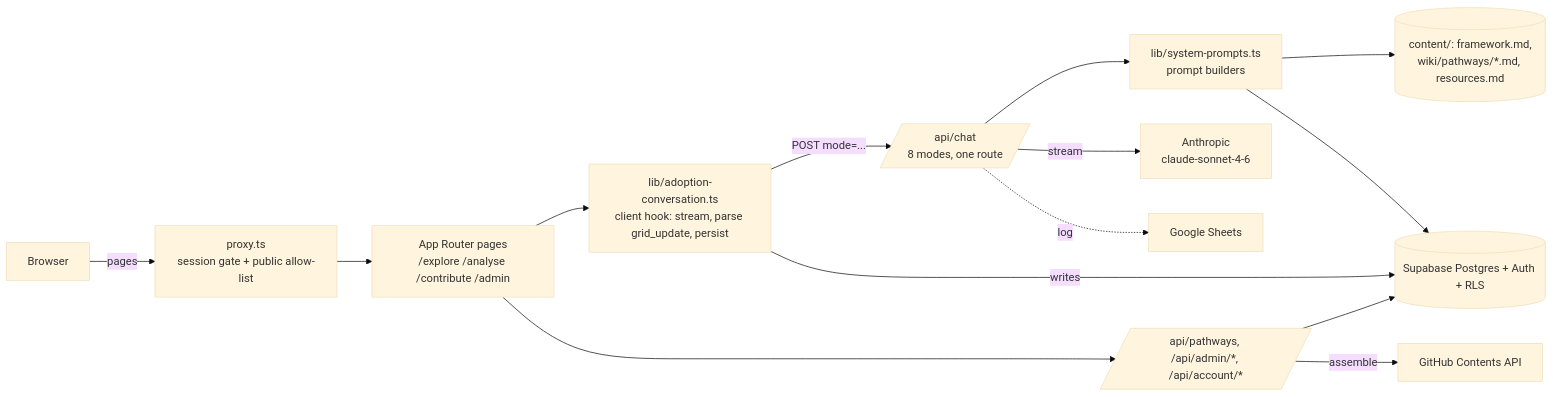
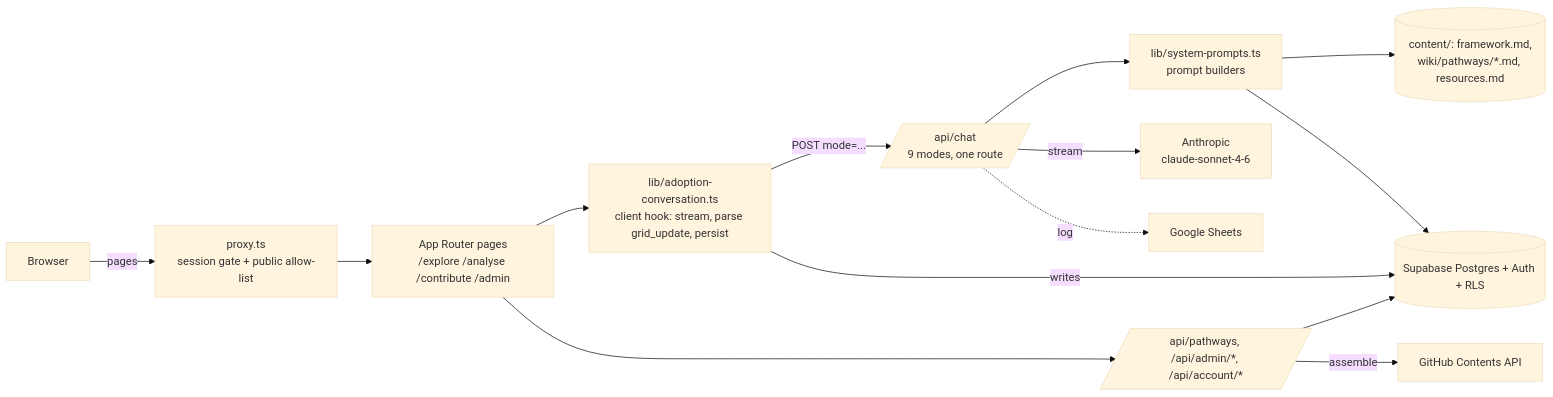
One commit to kameshbhr/diffusion-cube changed the diagram in CLAUDE.md. Above: the diagram before and after it, drawn with Mermaid (base theme). The commit also changed other lines of this file and 2 other files, not shown here.

````diff
--- a/CLAUDE.md
+++ b/CLAUDE.md
@@ -47,16 +49,16 @@
 ```mermaid
 flowchart LR
   U[Browser] -->|pages| P[proxy.ts<br/>session gate + public allow-list]
   P --> PG[App Router pages<br/>/explore /analyse /contribute /admin]
   PG --> H[lib/adoption-conversation.ts<br/>client hook: stream, parse grid_update, persist]
-  H -->|POST mode=...| C[/api/chat<br/>8 modes, one route/]
+  H -->|POST mode=...| C[/api/chat<br/>9 modes, one route/]
   C --> SP[lib/system-prompts.ts<br/>prompt builders]
   SP --> K[(content/: framework.md,<br/>wiki/pathways/*.md, resources.md)]
   SP --> DB
   C -->|stream| A[Anthropic<br/>claude-sonnet-4-6]
   H -->|writes| DB[(Supabase Postgres + Auth + RLS)]
   PG --> R[/api/pathways, /api/admin/*, /api/account/*/]
   R --> DB
   R -->|assemble| GH[GitHub Contents API]
   C -.log.-> GS[Google Sheets]
 ```
````
